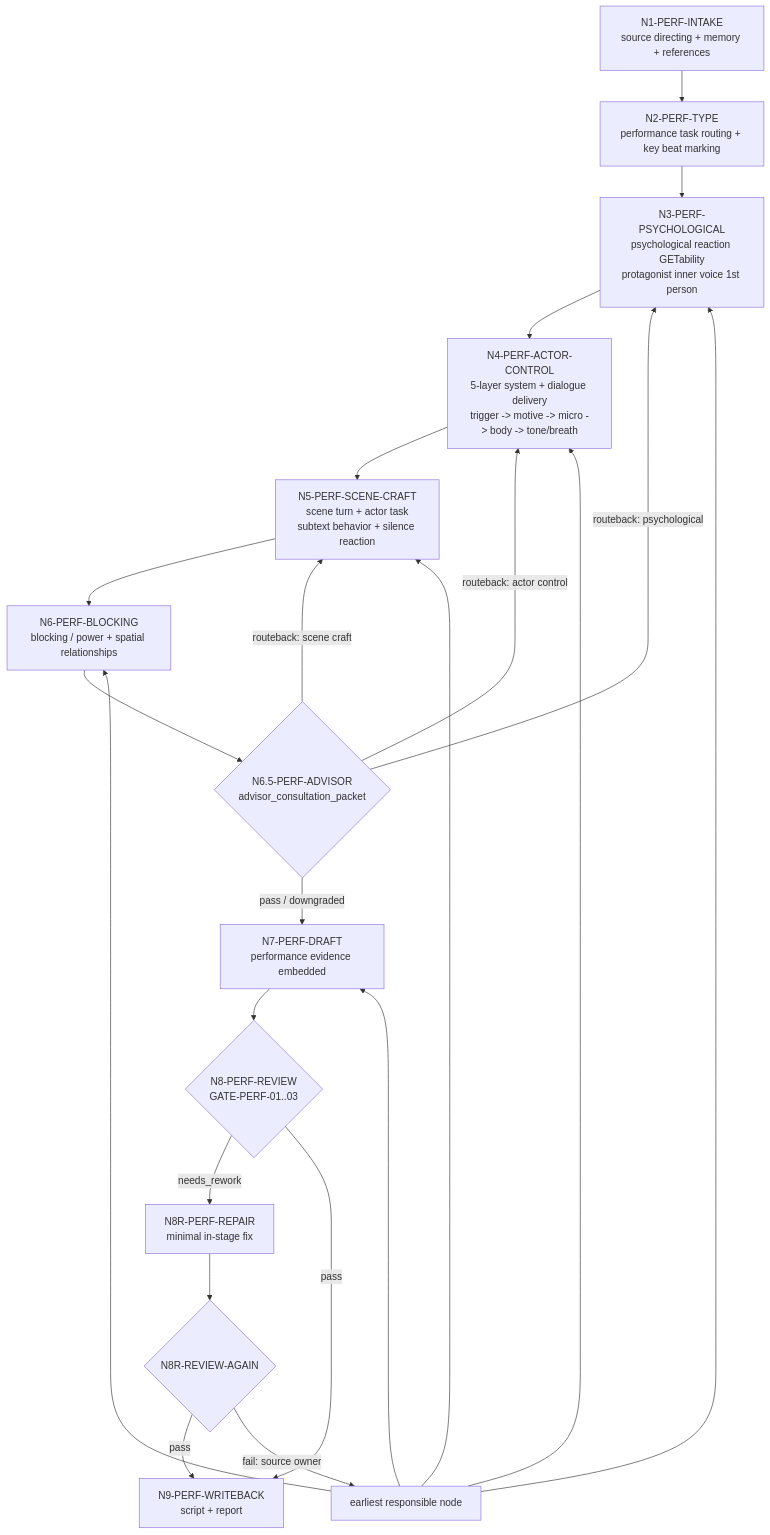
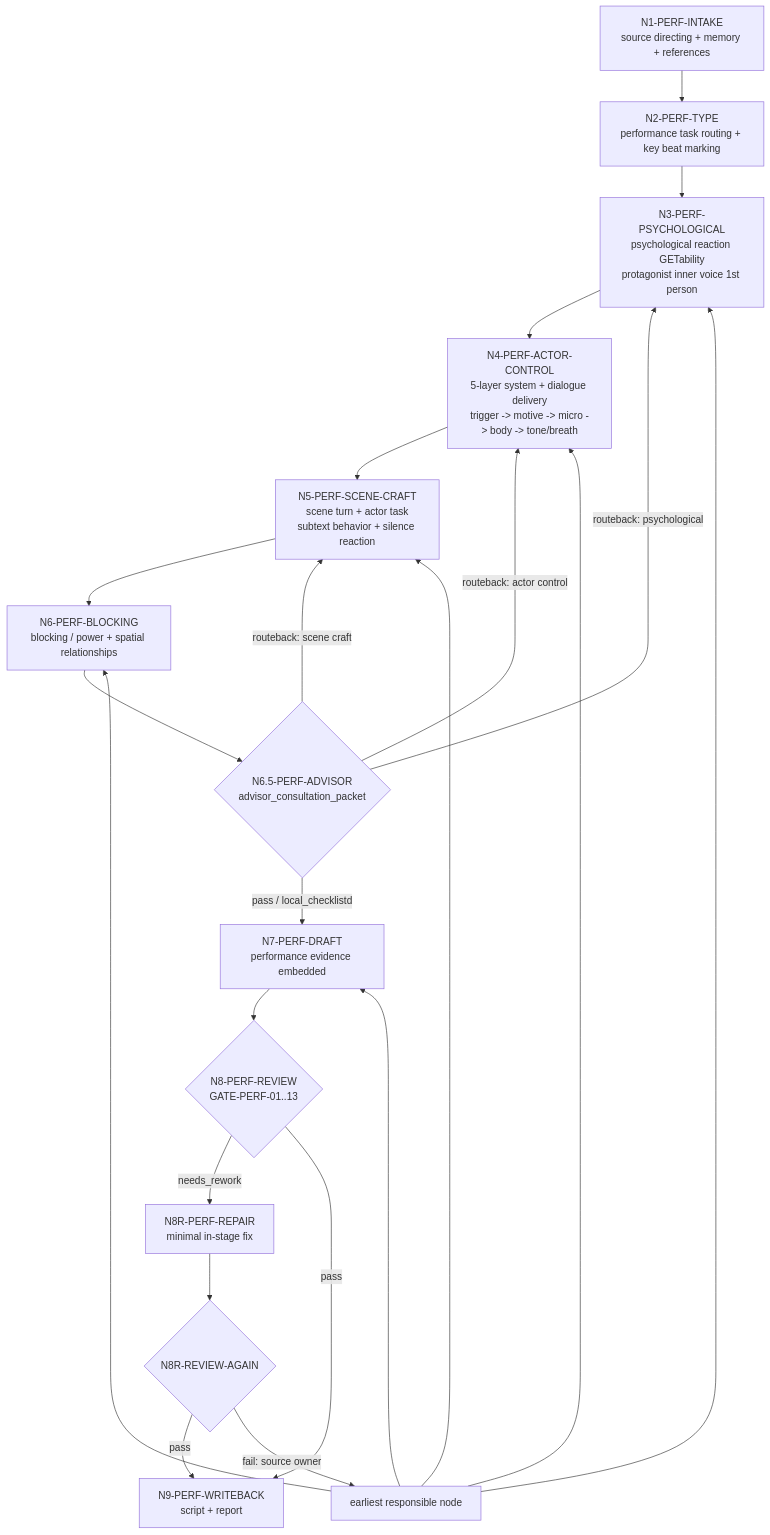
Before and after one commit to ZEN-VOID/AI-CUT: the first of 2 diagrams in .agents/skills/aigc/4-表演/steps/directing-workflow.md, drawn with Mermaid. The commit also changed other lines of this file and 137 other files, not shown here.

````diff
--- a/.agents/skills/aigc/4-表演/steps/directing-workflow.md
+++ b/.agents/skills/aigc/4-表演/steps/directing-workflow.md
@@ -147,24 +170,24 @@
 ```mermaid
 flowchart TD
     A["N1-PERF-INTAKE\nsource directing + memory + references"] --> B["N2-PERF-TYPE\nperformance task routing + key beat marking"]
     B --> D["N3-PERF-PSYCHOLOGICAL\npsychological reaction GETability\nprotagonist inner voice 1st person"]
     D --> E["N4-PERF-ACTOR-CONTROL\n5-layer system + dialogue delivery\ntrigger -> motive -> micro -> body -> tone/breath"]
     E --> F["N5-PERF-SCENE-CRAFT\nscene turn + actor task\nsubtext behavior + silence reaction"]
     F --> G["N6-PERF-BLOCKING\nblocking / power + spatial relationships"]
     G --> AD{"N6.5-PERF-ADVISOR\nadvisor_consultation_packet"}
     AD -->|"routeback: psychological"| D
     AD -->|"routeback: actor control"| E
     AD -->|"routeback: scene craft"| F
-    AD -->|"pass / downgraded"| H["N7-PERF-DRAFT\nperformance evidence embedded"]
-    H --> R{"N8-PERF-REVIEW\nGATE-PERF-01..03"}
+    AD -->|"pass / local_checklistd"| H["N7-PERF-DRAFT\nperformance evidence embedded"]
+    H --> R{"N8-PERF-REVIEW\nGATE-PERF-01..13"}
     R -->|"needs_rework"| RR["N8R-PERF-REPAIR\nminimal in-stage fix"]
     RR --> R2{"N8R-REVIEW-AGAIN"}
     R2 -->|"pass"| W["N9-PERF-WRITEBACK\nscript + report"]
     R2 -->|"fail: source owner"| BACK["earliest responsible node"]
     BACK --> D
     BACK --> E
     BACK --> F
     BACK --> G
     BACK --> H
     R -->|"pass"| W
 ```
````
